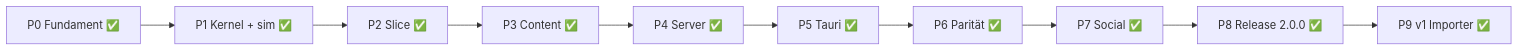
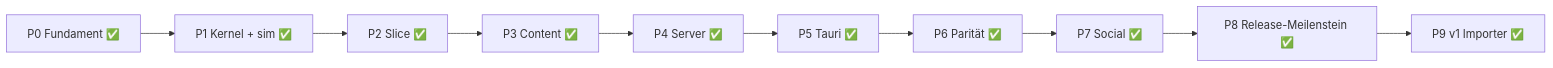
The diagram in README.md (Trobikus/archiv-des-vergessens-2), drawn with Mermaid before and after one commit. The commit also changed other lines of this file, not shown here.

````diff
--- a/README.md
+++ b/README.md
@@ -194,12 +248,12 @@
 ```mermaid
 graph LR
   P0["P0 Fundament ✅"] --> P1["P1 Kernel + sim ✅"]
   P1 --> P2["P2 Slice ✅"]
   P2 --> P3["P3 Content ✅"]
   P3 --> P4["P4 Server ✅"]
   P4 --> P5["P5 Tauri ✅"]
   P5 --> P6["P6 Parität ✅"]
   P6 --> P7["P7 Social ✅"]
-  P7 --> P8["P8 Release 2.0.0 ✅"]
+  P7 --> P8["P8 Release-Meilenstein ✅"]
   P8 --> P9["P9 v1 Importer ✅"]
 ```
````
